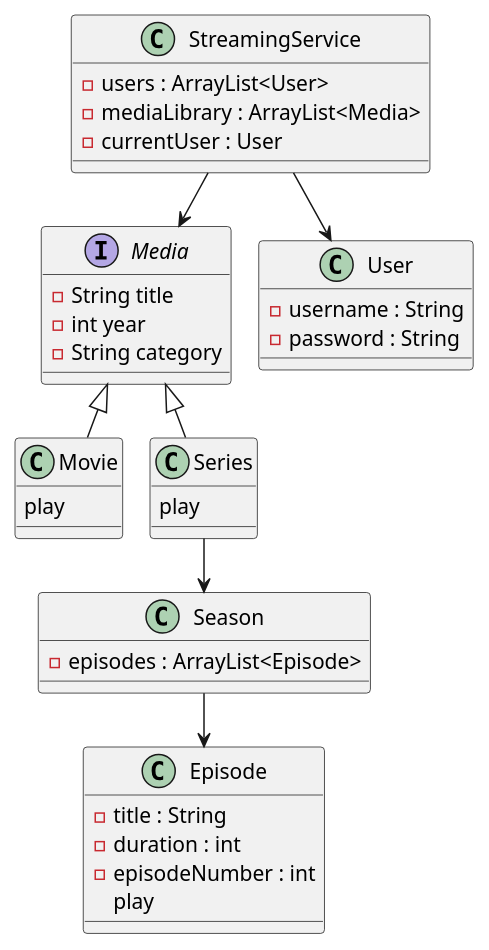
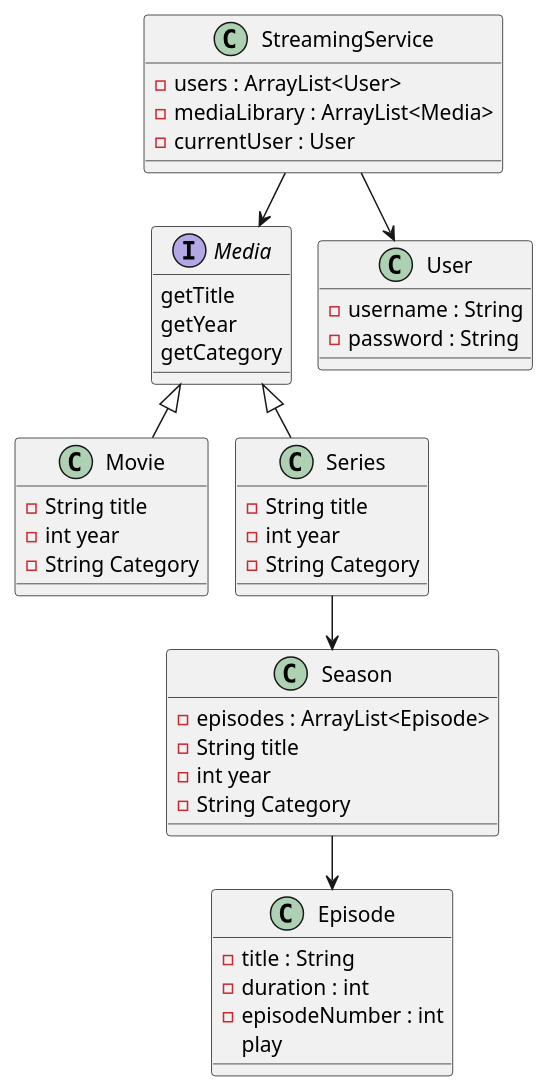
Before and after one commit to Britzgrank1/SP3: the diagram in doc/Classdiagram.puml, drawn with PlantUML. The commit also changed 1 other file, not shown here.

```diff
--- a/doc/Classdiagram.puml
+++ b/doc/Classdiagram.puml
@@ -1,54 +1,61 @@
 @startuml
 !pragma layout smetana
 
 class StreamingService {
     - users : ArrayList<User>
     - mediaLibrary : ArrayList<Media>
     - currentUser : User
 }
 
 Interface Media {
-    - String title
-    - int year
-    - String category
+    getTitle
+      getYear
+      getCategory
 }
 
 class Movie {
-    play
+   -String title
+      -int year
+      -String Category
 }
 
 class Series {
-    play
+   -String title
+   -int year
+   -String Category
 }
 
 class Season {
     - episodes : ArrayList<Episode>
+     -String title
+     -int year
+     -String Category
 }
 
 class Episode {
     - title : String
     - duration : int
     - episodeNumber : int
     play
 }
 
 class User {
     - username : String
     - password : String
 }
 
 
 'Relationer'
 
 StreamingService  -->  User
 StreamingService  --> Media
 
 
 Media <|-- Movie
 Media <|-- Series
 
 Series  -->  Season
 Season  -->  Episode
 
 
 @enduml
```
